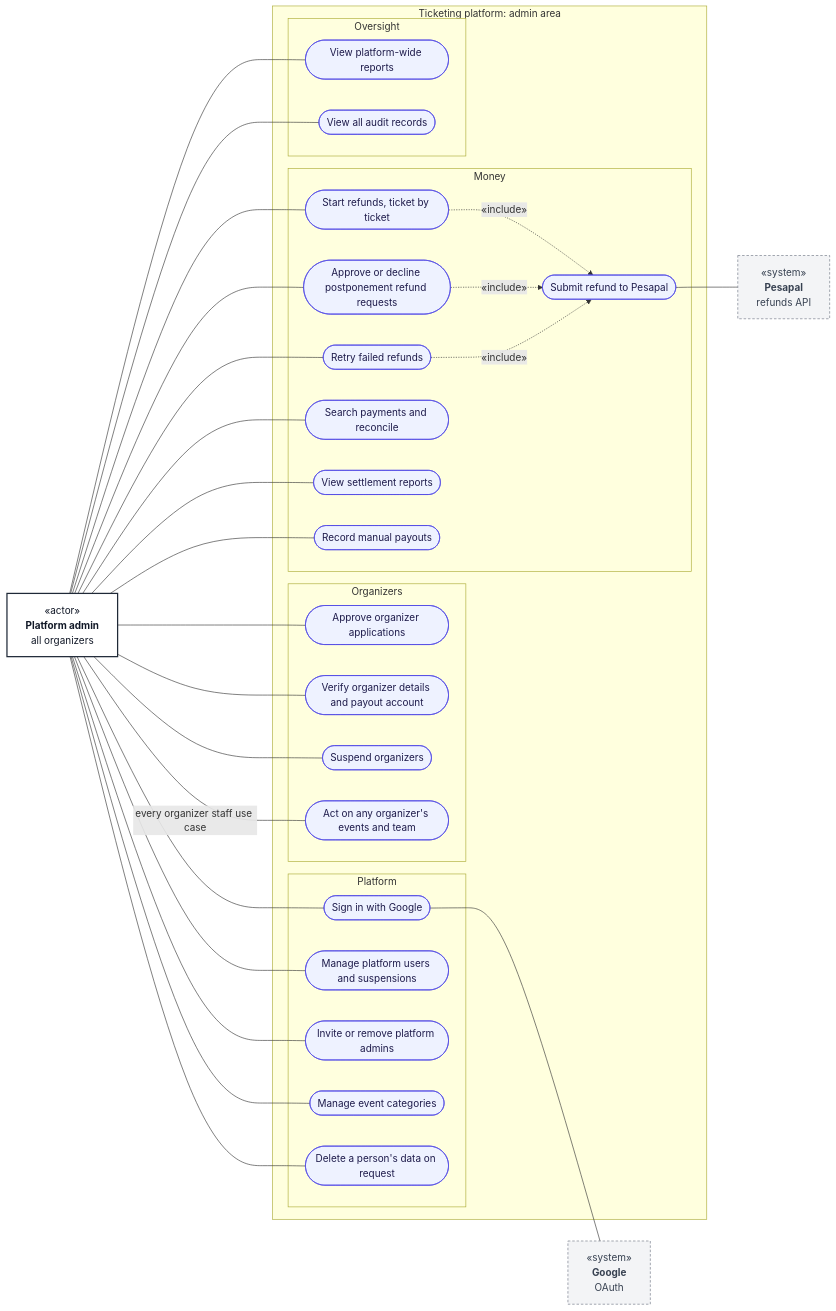
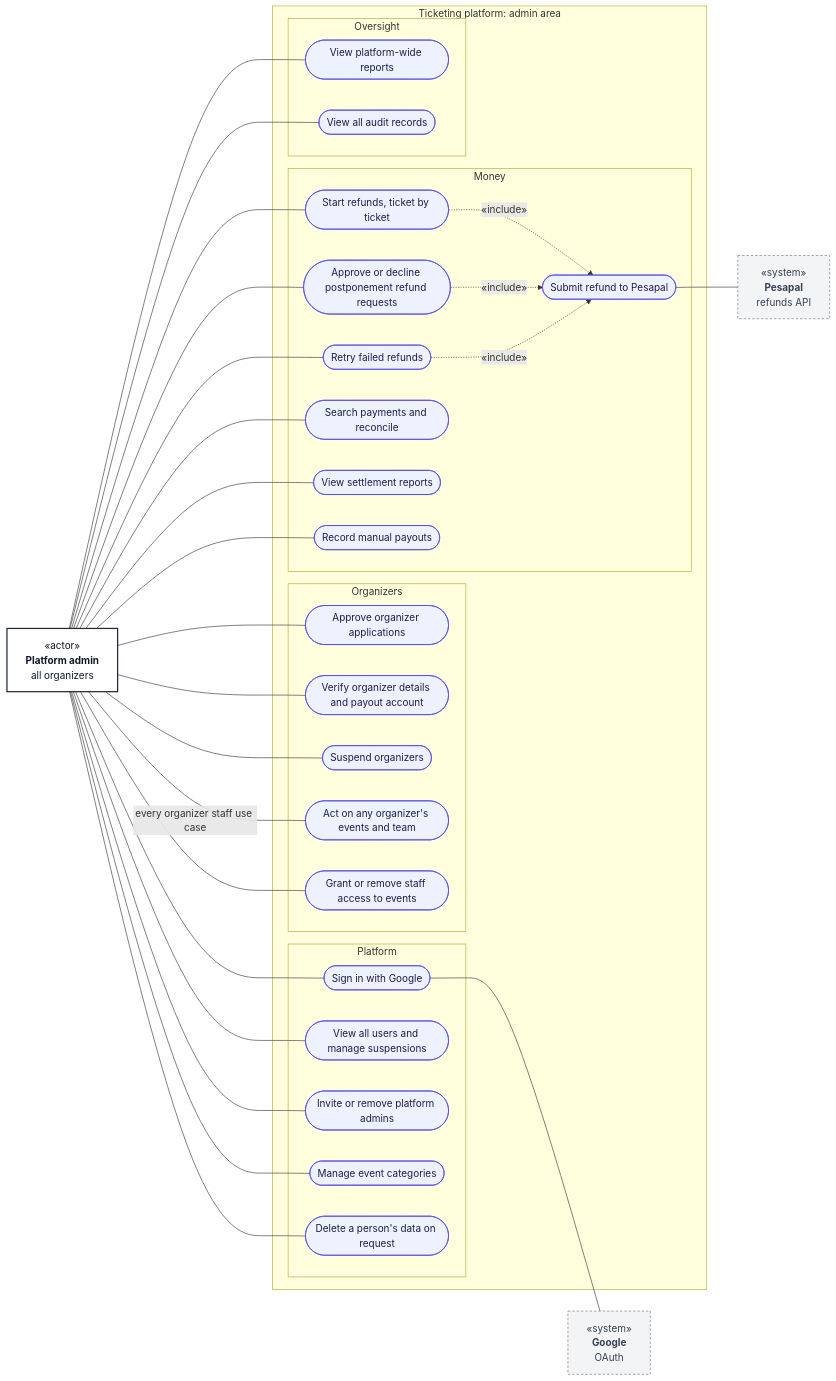
One commit to kreativesahara/ticket changed the diagram in doc/diagrams/use-cases/05-platform-admin.md. Above: the diagram before and after it, drawn with Mermaid. The commit also changed other lines of this file and 39 other files, not shown here.

Commit message:
feat: add documentation, system diagrams, and state machine specifications for roles, use cases, and architecture

````diff
--- a/doc/diagrams/use-cases/05-platform-admin.md
+++ b/doc/diagrams/use-cases/05-platform-admin.md
@@ -9,65 +9,67 @@
 ```mermaid
 flowchart LR
     classDef actor fill:#ffffff,stroke:#1f2937,stroke-width:2px,color:#111827
     classDef external fill:#f3f4f6,stroke:#6b7280,stroke-width:1px,stroke-dasharray:4 3,color:#374151
     classDef usecase fill:#eef2ff,stroke:#4f46e5,stroke-width:1px,color:#1e1b4b
 
     Admin["«actor»<br/><b>Platform admin</b><br/>all organizers"]:::actor
 
     subgraph SYS["Ticketing platform: admin area"]
         subgraph P1["Platform"]
             A1(["Sign in with Google"]):::usecase
-            A2(["Manage platform users and suspensions"]):::usecase
+            A2(["View all users and manage suspensions"]):::usecase
             A3(["Invite or remove platform admins"]):::usecase
             A4(["Manage event categories"]):::usecase
             A18(["Delete a person's data on request"]):::usecase
         end
         subgraph P2["Organizers"]
             A5(["Approve organizer applications"]):::usecase
             A6(["Verify organizer details and payout account"]):::usecase
             A7(["Suspend organizers"]):::usecase
             A8(["Act on any organizer's events and team"]):::usecase
+            A19(["Grant or remove staff access to events"]):::usecase
         end
         subgraph P3["Money"]
             A9(["Start refunds, ticket by ticket"]):::usecase
             A10(["Approve or decline postponement refund requests"]):::usecase
             A11(["Retry failed refunds"]):::usecase
             A12(["Submit refund to Pesapal"]):::usecase
             A13(["Search payments and reconcile"]):::usecase
             A14(["View settlement reports"]):::usecase
             A15(["Record manual payouts"]):::usecase
         end
         subgraph P4["Oversight"]
             A16(["View platform-wide reports"]):::usecase
             A17(["View all audit records"]):::usecase
         end
     end
 
     Google["«system»<br/><b>Google</b><br/>OAuth"]:::external
     Pesapal["«system»<br/><b>Pesapal</b><br/>refunds API"]:::external
 
     Admin --- A1
     Admin --- A2
     Admin --- A3
     Admin --- A4
     Admin --- A18
     Admin --- A5
     Admin --- A6
     Admin --- A7
     Admin ---|"every organizer staff use case"| A8
+    Admin --- A19
     Admin --- A9
     Admin --- A10
     Admin --- A11
     Admin --- A13
     Admin --- A14
     Admin --- A15
     Admin --- A16
     Admin --- A17
 
     A9 -.->|"«include»"| A12
     A10 -.->|"«include»"| A12
     A11 -.->|"«include»"| A12
 
     A1 --- Google
     A12 --- Pesapal
 ```
````
